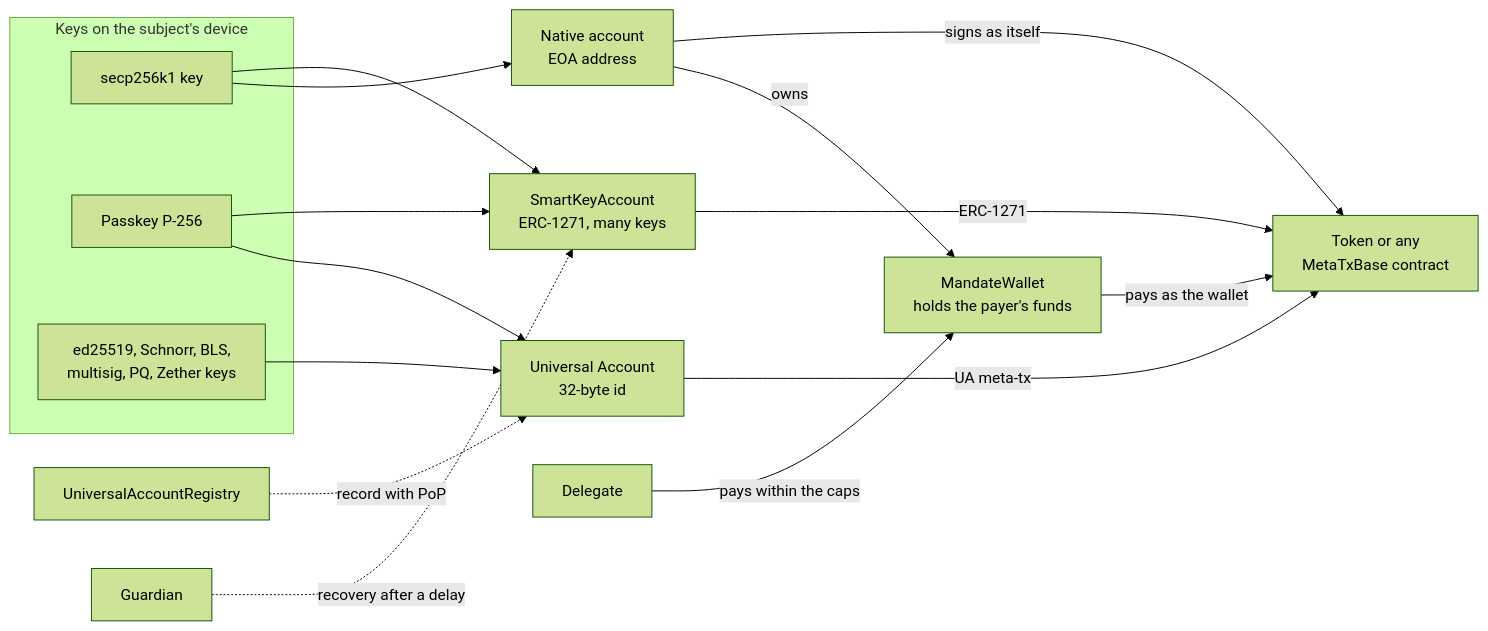
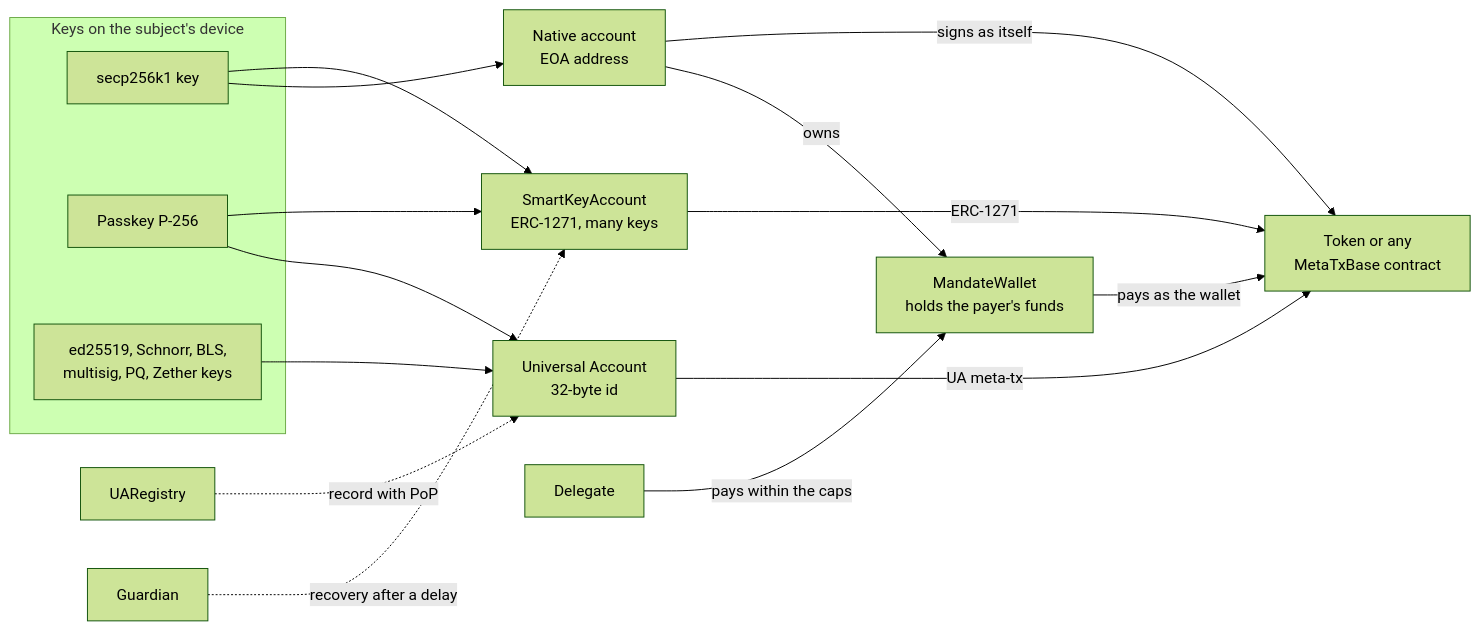
One commit to dinhduongha/scaas changed the fourth of 12 diagrams in docs/architecture.md. Above: the diagram before and after it, drawn with Mermaid (forest theme). The commit also changed other lines of this file and 13 other files, not shown here.

````diff
--- a/docs/architecture.md
+++ b/docs/architecture.md
@@ -398,27 +398,27 @@
 ```mermaid
 flowchart LR
     subgraph DEV["Keys on the subject's device"]
         K1["secp256k1 key"]
         K2["Passkey P-256"]
         K3["ed25519, Schnorr, BLS,<br/>multisig, PQ, Zether keys"]
     end
     NAT["Native account<br/>EOA address"]
     UA["Universal Account<br/>32-byte id"]
     SKA["SmartKeyAccount<br/>ERC-1271, many keys"]
     MW["MandateWallet<br/>holds the payer's funds"]
-    REG["UniversalAccountRegistry"]
+    REG["UARegistry"]
     GUA["Guardian"]
     DEL["Delegate"]
     T["Token or any<br/>MetaTxBase contract"]
     K1 --> NAT & SKA
     K2 --> UA & SKA
     K3 --> UA
     REG -.->|"record with PoP"| UA
     GUA -.->|"recovery after a delay"| SKA
     NAT -->|"owns"| MW
     DEL -->|"pays within the caps"| MW
     NAT -->|"signs as itself"| T
     UA -->|"UA meta-tx"| T
     SKA -->|"ERC-1271"| T
     MW -->|"pays as the wallet"| T
 ```
````
